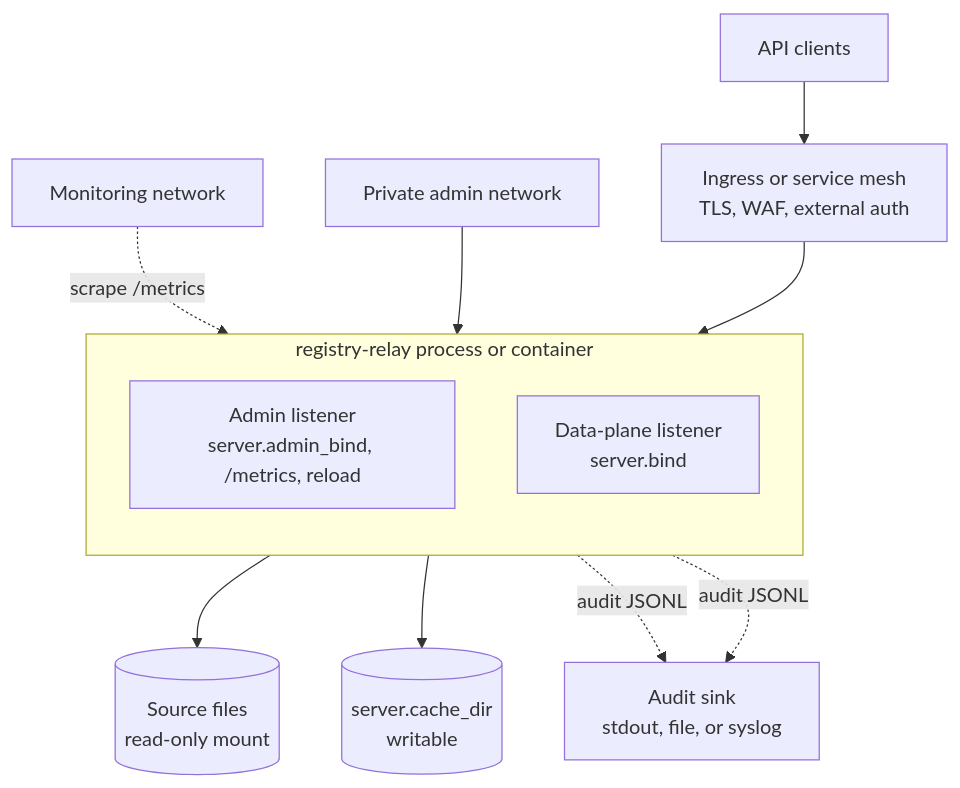
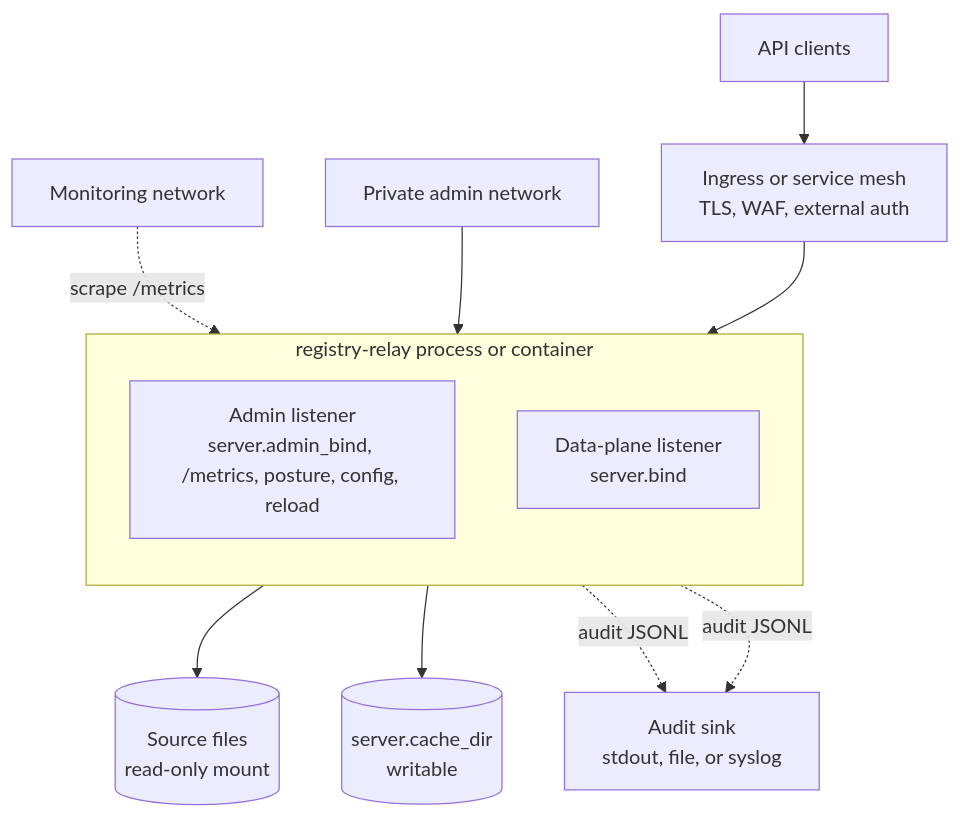
Before and after one commit to jeremi/registry-relay: the diagram in docs/ops.md, drawn with Mermaid. The commit also changed other lines of this file and 59 other files, not shown here.

````diff
--- a/docs/ops.md
+++ b/docs/ops.md
@@ -29,18 +29,18 @@
 ```mermaid
 flowchart TB
   Client["API clients"] --> Ingress["Ingress or service mesh<br/>TLS, WAF, external auth"]
   Mon["Monitoring network"] -. "scrape /metrics" .-> Admin
   AdminNet["Private admin network"] --> Admin
 
   subgraph Proc["registry-relay process or container"]
     direction TB
     Data["Data-plane listener<br/>server.bind"]
-    Admin["Admin listener<br/>server.admin_bind, /metrics, reload"]
+    Admin["Admin listener<br/>server.admin_bind, /metrics, posture, config, reload"]
   end
 
   Ingress --> Data
   Data --> Src[("Source files<br/>read-only mount")]
   Data --> Cache[("server.cache_dir<br/>writable")]
   Data -. "audit JSONL" .-> Sink["Audit sink<br/>stdout, file, or syslog"]
   Admin -. "audit JSONL" .-> Sink
 ```
````
